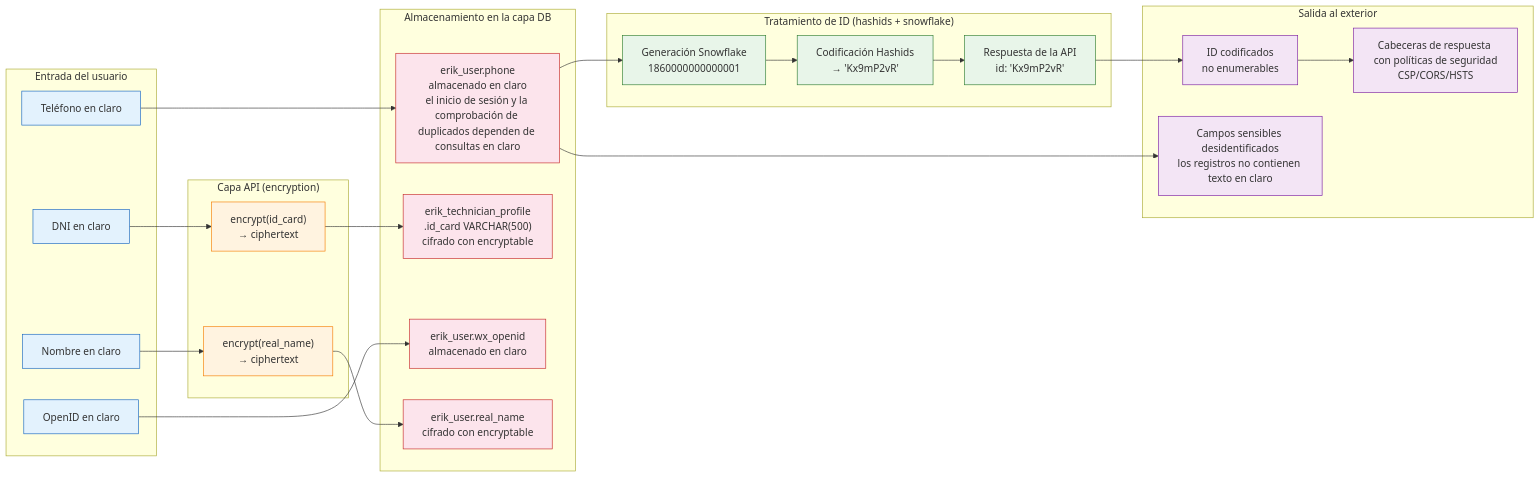
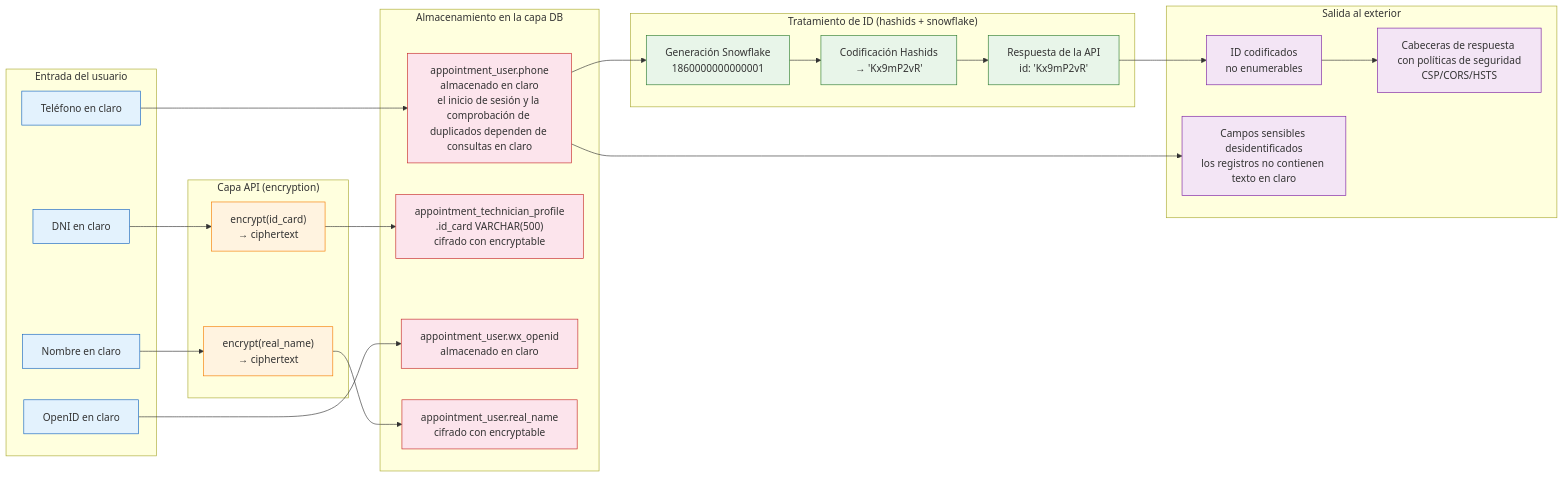
Before and after one commit to erikwang2013/appointment-php: the fourth of 4 diagrams in docs/es/diagrams/SECURITY-ARCHITECTURE.md, drawn with Mermaid. The commit also changed 363 other files, not shown here.

````diff
--- a/docs/es/diagrams/SECURITY-ARCHITECTURE.md
+++ b/docs/es/diagrams/SECURITY-ARCHITECTURE.md
@@ -177,54 +177,54 @@
 ```mermaid
 flowchart LR
     subgraph 输入["Entrada del usuario"]
         I1["Teléfono en claro"]
         I2["DNI en claro"]
         I3["OpenID en claro"]
         I4["Nombre en claro"]
     end
 
     subgraph API加密["Capa API (encryption)"]
         E1["encrypt(id_card)<br/>→ ciphertext"]
         E2["encrypt(real_name)<br/>→ ciphertext"]
     end
 
     subgraph DB存储["Almacenamiento en la capa DB"]
-        D1["erik_user.phone<br/>almacenado en claro<br/>el inicio de sesión y la comprobación de duplicados dependen de consultas en claro"]
-        D2["erik_technician_profile<br/>.id_card VARCHAR(500)<br/>cifrado con encryptable"]
-        D3["erik_user.wx_openid<br/>almacenado en claro"]
-        D4["erik_user.real_name<br/>cifrado con encryptable"]
+        D1["appointment_user.phone<br/>almacenado en claro<br/>el inicio de sesión y la comprobación de duplicados dependen de consultas en claro"]
+        D2["appointment_technician_profile<br/>.id_card VARCHAR(500)<br/>cifrado con encryptable"]
+        D3["appointment_user.wx_openid<br/>almacenado en claro"]
+        D4["appointment_user.real_name<br/>cifrado con encryptable"]
     end
 
     subgraph ID处理["Tratamiento de ID (hashids + snowflake)"]
         H1["Generación Snowflake<br/>1860000000000001"]
         H2["Codificación Hashids<br/>→ 'Kx9mP2vR'"]
         H3["Respuesta de la API<br/>id: 'Kx9mP2vR'"]
     end
 
     subgraph 输出["Salida al exterior"]
         O1["ID codificados<br/>no enumerables"]
         O2["Campos sensibles desidentificados<br/>los registros no contienen texto en claro"]
         O3["Cabeceras de respuesta con políticas de seguridad<br/>CSP/CORS/HSTS"]
     end
 
     I1 --> D1
     I2 --> E1 --> D2
     I3 --> D3
     I4 --> E2 --> D4
     D1 --> H1 --> H2 --> H3
     H3 --> O1
     D1 --> O2
     O1 --> O3
 
     classDef input fill:#e3f2fd,stroke:#1565c0,color:#333
     classDef encrypt fill:#fff3e0,stroke:#f57c00,color:#333
     classDef db fill:#fce4ec,stroke:#c62828,color:#333
     classDef id fill:#e8f5e9,stroke:#2e7d32,color:#333
     classDef output fill:#f3e5f5,stroke:#7b1fa2,color:#333
 
     class I1,I2,I3,I4 input
     class E1,E2 encrypt
     class D1,D2,D3,D4 db
     class H1,H2,H3 id
     class O1,O2,O3 output
 ```
````
